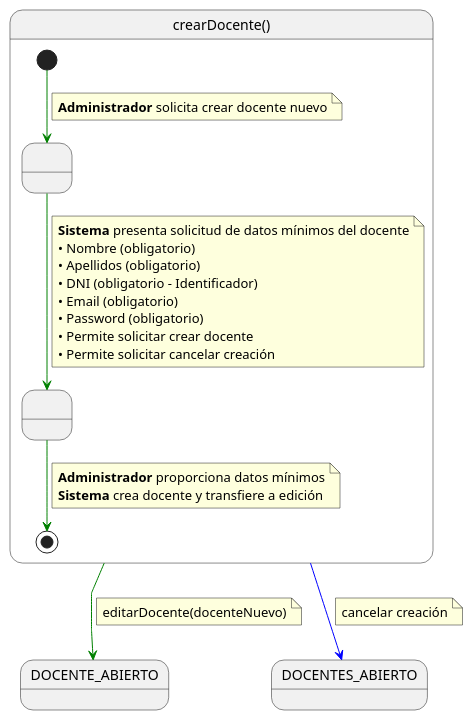
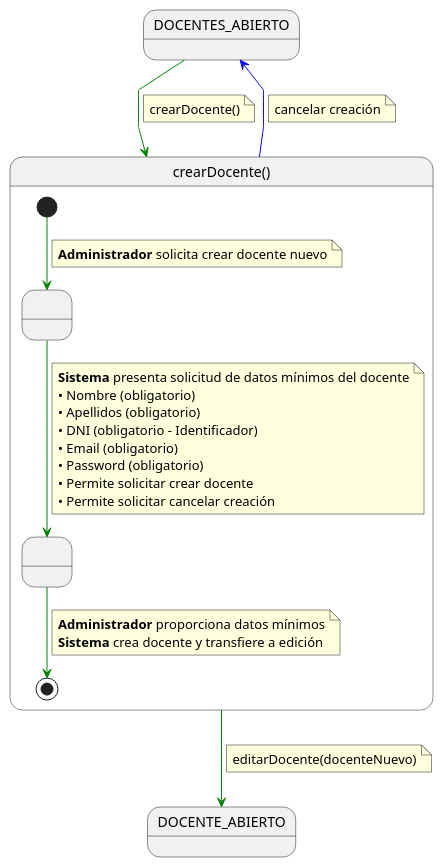
Before and after one commit to martinlopez7/25-26-IdSw1-SdR: the diagram in documents/casos-de-uso/detalladoCasosDeUso/crearDocente/crearDocente.puml, drawn with PlantUML. The commit also changed 13 other files, not shown here.

```diff
--- a/documents/casos-de-uso/detalladoCasosDeUso/crearDocente/crearDocente.puml
+++ b/documents/casos-de-uso/detalladoCasosDeUso/crearDocente/crearDocente.puml
@@ -1,42 +1,58 @@
-@startuml
+@startuml crearDocente
+
 skinparam linetype polyline
 
+' 1. ESTADO PREVIO (Contexto de origen)
+state DOCENTES_ABIERTO
+
+' 2. TRANSICIÓN DE ENTRADA
+DOCENTES_ABIERTO -[#green]-> crearDocente
+note on link
+crearDocente()
+end note
+
+' 3. EL CASO DE USO (Caja negra detallada)
 state crearDocente as "crearDocente()" {
 
     state " " as SolicitandoDatos
     state " " as CreandoDocente
 
     [*] -[#green]-> SolicitandoDatos 
     note on link
     <b>Administrador</b> solicita crear docente nuevo
     end note    
     
     SolicitandoDatos -[#green]-> CreandoDocente
     note on link
     <b>Sistema</b> presenta solicitud de datos mínimos del docente
     • Nombre (obligatorio)
     • Apellidos (obligatorio)
     • DNI (obligatorio - Identificador)
     • Email (obligatorio)
     • Password (obligatorio)
     • Permite solicitar crear docente
     • Permite solicitar cancelar creación
     end note
     
     CreandoDocente -[#green]-> [*]
     note on link
     <b>Administrador</b> proporciona datos mínimos
     <b>Sistema</b> crea docente y transfiere a edición
     end note
 }
 
+' 4. SALIDAS DEL CASO DE USO
+
+' Flujo Exitoso: Transición inmediata a Edición/Detalle
 crearDocente -[#green]-> DOCENTE_ABIERTO
 note on link
 editarDocente(docenteNuevo)
 end note
 
+' Flujo Alternativo: Cancelación y vuelta al listado
 crearDocente -[#blue]-> DOCENTES_ABIERTO
 note on link
 cancelar creación
 end note
+
 @enduml
```
